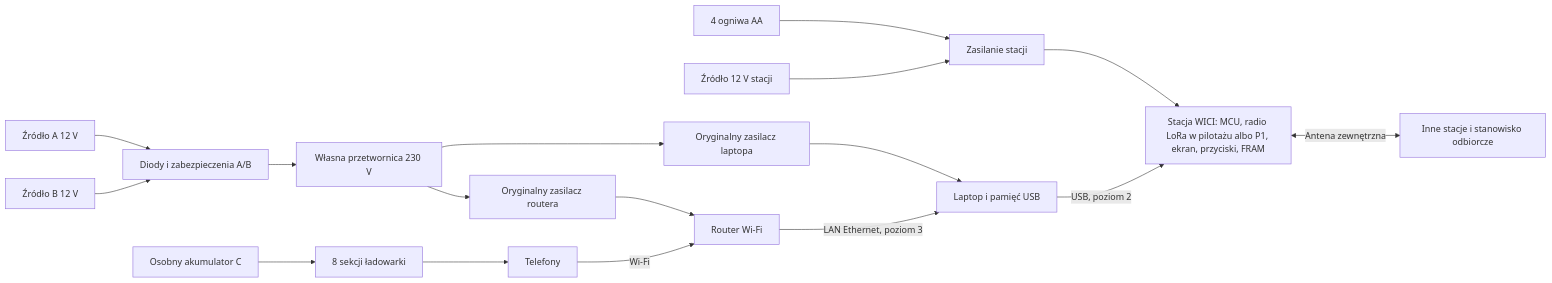
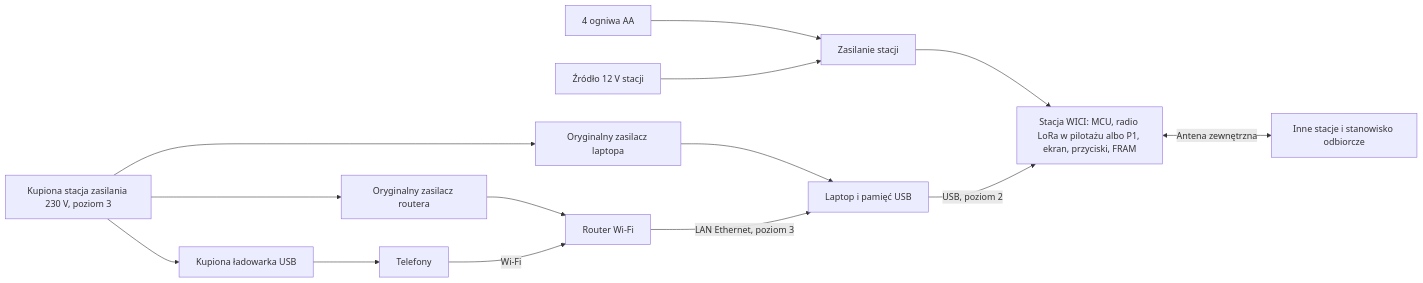
Before and after one commit to tmierzwa/WICI: the diagram in docs/spec/projekt.md, drawn with Mermaid. The commit also changed other lines of this file and 13 other files, not shown here.

````diff
--- a/docs/spec/projekt.md
+++ b/docs/spec/projekt.md
@@ -29,19 +26,16 @@
 ```mermaid
 flowchart LR
   AA[4 ogniwa AA] --> SP[Zasilanie stacji]
   S12[Źródło 12 V stacji] --> SP
   SP --> ST[Stacja WICI: MCU, radio LoRa w pilotażu albo P1, ekran, przyciski, FRAM]
   ST <-->|Antena zewnętrzna| S[Inne stacje i stanowisko odbiorcze]
   L[Laptop i pamięć USB] -->|USB, poziom 2| ST
-  A[Źródło A 12 V] --> D[Diody i zabezpieczenia A/B]
-  B[Źródło B 12 V] --> D
-  D --> I[Własna przetwornica 230 V]
-  I --> P[Oryginalny zasilacz laptopa]
-  I --> R[Oryginalny zasilacz routera]
+  PS[Kupiona stacja zasilania 230 V, poziom 3] --> P[Oryginalny zasilacz laptopa]
+  PS --> R[Oryginalny zasilacz routera]
+  PS --> U[Kupiona ładowarka USB]
   P --> L
   R --> W[Router Wi-Fi]
   W -->|LAN Ethernet, poziom 3| L
-  C[Osobny akumulator C] --> U[8 sekcji ładowarki]
   U --> F[Telefony]
   F -->|Wi-Fi| W
 ```
````
